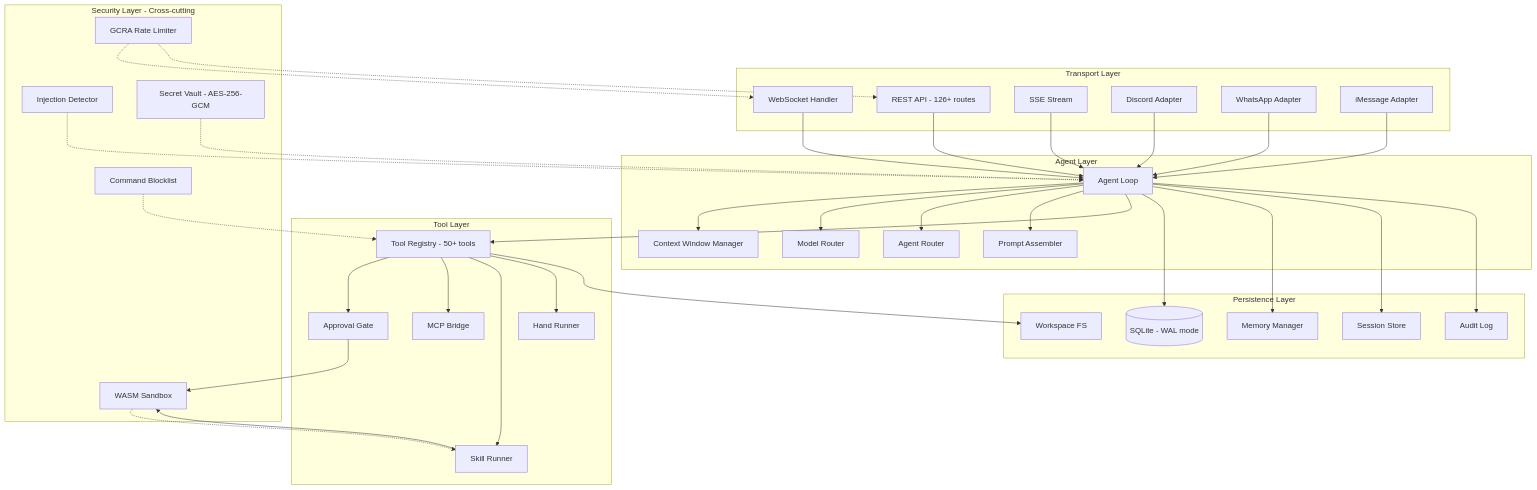
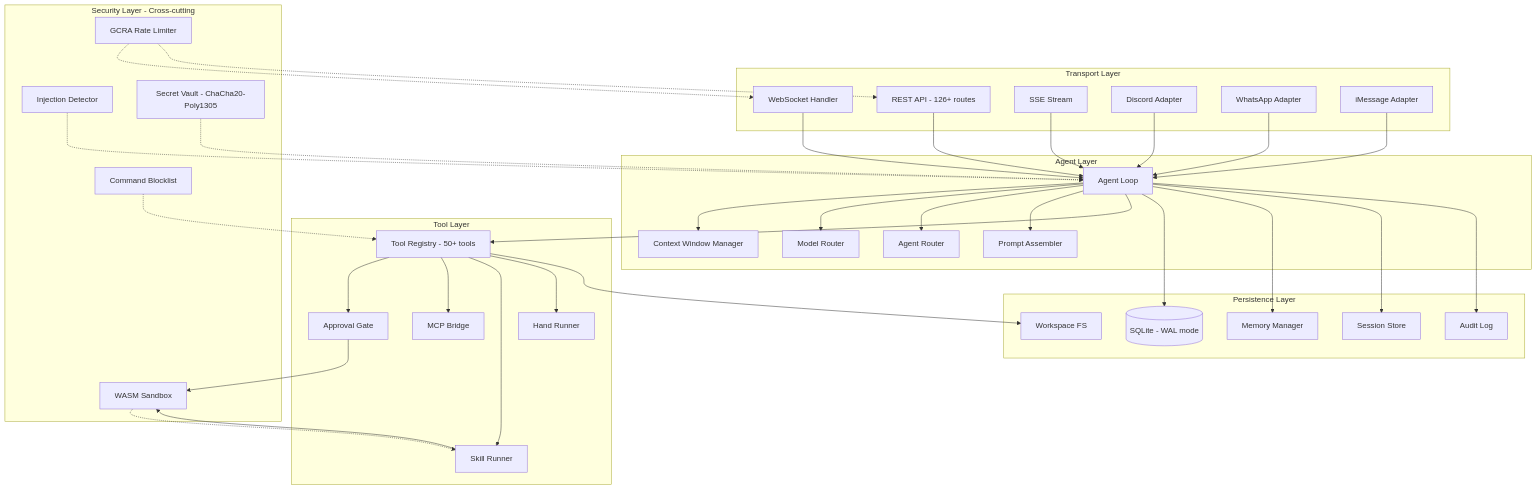
Before and after one commit to rkinas/antec: the second of 6 diagrams in prd/01-ARCHITECTURE.md, drawn with Mermaid. The commit also changed other lines of this file and 10 other files, not shown here.

````diff
--- a/prd/01-ARCHITECTURE.md
+++ b/prd/01-ARCHITECTURE.md
@@ -200,77 +200,77 @@
 ```mermaid
 graph TB
     subgraph Transport["Transport Layer"]
         WS[WebSocket Handler]
         REST[REST API - 126+ routes]
         SSE[SSE Stream]
         Discord[Discord Adapter]
         WhatsApp[WhatsApp Adapter]
         iMessage[iMessage Adapter]
     end
 
     subgraph Agent["Agent Layer"]
         Loop[Agent Loop]
         Context[Context Window Manager]
         Router[Model Router]
         AgentRouter[Agent Router]
         Prompt[Prompt Assembler]
     end
 
     subgraph Tool["Tool Layer"]
         Registry[Tool Registry - 50+ tools]
         Approval[Approval Gate]
         MCPBridge[MCP Bridge]
         SkillRunner[Skill Runner]
         HandRunner[Hand Runner]
     end
 
     subgraph Persistence["Persistence Layer"]
         SQLite[(SQLite - WAL mode)]
         Memory[Memory Manager]
         Sessions[Session Store]
         Audit[Audit Log]
         Workspace[Workspace FS]
     end
 
     subgraph Security["Security Layer - Cross-cutting"]
         Injection[Injection Detector]
         RateLimiter[GCRA Rate Limiter]
-        SecretVault[Secret Vault - AES-256-GCM]
+        SecretVault[Secret Vault - ChaCha20-Poly1305]
         Blocklist[Command Blocklist]
         Sandbox[WASM Sandbox]
     end
 
     WS --> Loop
     REST --> Loop
     SSE --> Loop
     Discord --> Loop
     WhatsApp --> Loop
     iMessage --> Loop
 
     Loop --> Context
     Loop --> Router
     Loop --> AgentRouter
     Loop --> Prompt
 
     Loop --> Registry
     Registry --> Approval
     Registry --> MCPBridge
     Registry --> SkillRunner
     Registry --> HandRunner
 
     Loop --> SQLite
     Loop --> Memory
     Loop --> Sessions
     Loop --> Audit
     Registry --> Workspace
 
     Approval --> Sandbox
     SkillRunner --> Sandbox
 
     Injection -.-> Loop
     RateLimiter -.-> WS
     RateLimiter -.-> REST
     SecretVault -.-> Loop
     Blocklist -.-> Registry
     Sandbox -.-> SkillRunner
 ```
````
